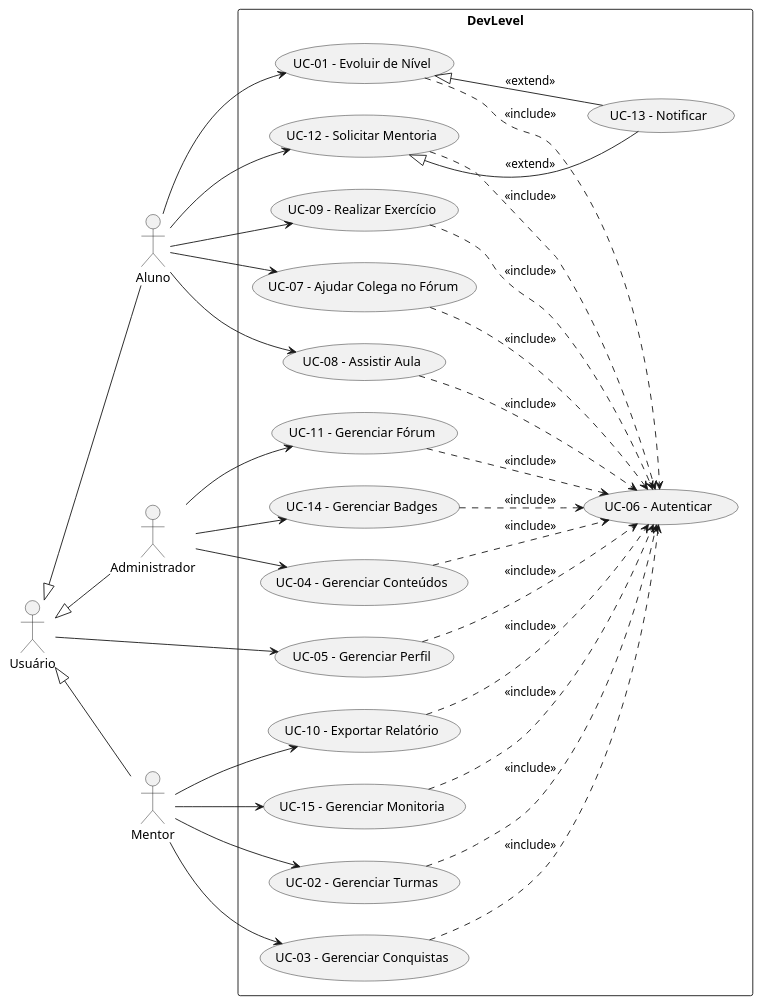
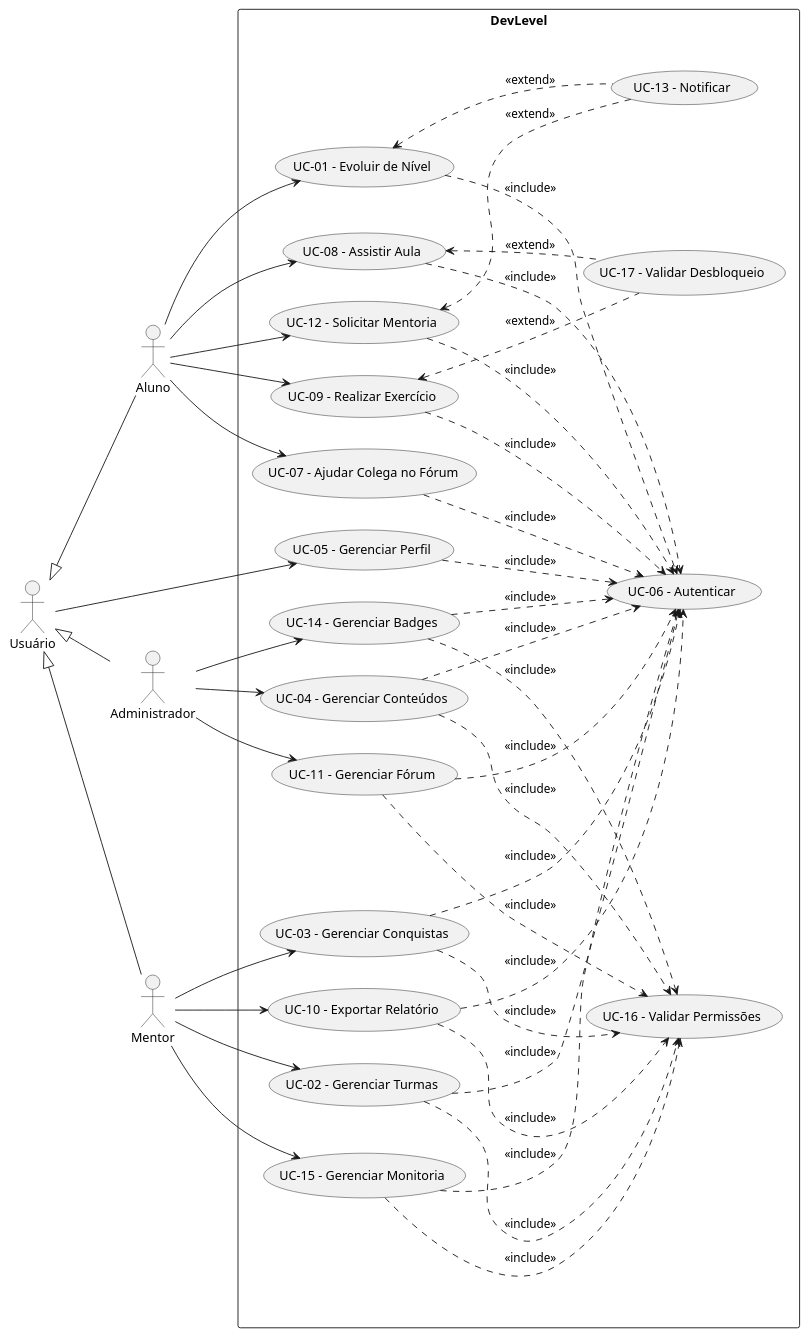
One commit to karenjoilly11/Sistema-de-Gamifica-o-Academia-de-Programa-o-Projeto-de-Software changed the diagram in diagrama-de-caso-de-uso.puml. Above: the diagram before and after it, drawn with PlantUML.

```diff
--- a/diagrama-de-caso-de-uso.puml
+++ b/diagrama-de-caso-de-uso.puml
@@ -1,74 +1,90 @@
 @startuml
 left to right direction
 skinparam packageStyle rectangle
 
 ' Atores com hierarquia de herança
 actor "Usuário" as Usuario
 actor "Aluno" as Aluno
 actor "Mentor" as Mentor
 actor "Administrador" as Admin
 
 Aluno -up-|> Usuario
 Mentor -up-|> Usuario
 Admin -up-|> Usuario
 
 ' Retângulo do sistema
 rectangle "DevLevel" {
   
   ' === Casos de uso principais ===
   usecase "UC-01 - Evoluir de Nível" as UC01
   usecase "UC-02 - Gerenciar Turmas" as UC02
   usecase "UC-03 - Gerenciar Conquistas" as UC03
   usecase "UC-04 - Gerenciar Conteúdos" as UC04
   usecase "UC-05 - Gerenciar Perfil" as UC05
   usecase "UC-06 - Autenticar" as UC06
   usecase "UC-07 - Ajudar Colega no Fórum" as UC07
   usecase "UC-08 - Assistir Aula" as UC08
   usecase "UC-09 - Realizar Exercício" as UC09
   usecase "UC-10 - Exportar Relatório" as UC10
   usecase "UC-11 - Gerenciar Fórum" as UC11
   usecase "UC-12 - Solicitar Mentoria" as UC12
   usecase "UC-13 - Notificar" as UC13
   usecase "UC-14 - Gerenciar Badges" as UC14
   usecase "UC-15 - Gerenciar Monitoria" as UC15
+  usecase "UC-16 - Validar Permissões" as UC16
+  usecase "UC-17 - Validar Desbloqueio" as UC17
   
   ' === Associações ator → caso de uso ===
   Aluno --> UC01
   Aluno --> UC07
   Aluno --> UC08
   Aluno --> UC09
   Aluno --> UC12
   
   Mentor --> UC02
   Mentor --> UC03
   Mentor --> UC10
   Mentor --> UC15
   
   Admin --> UC04
   Admin --> UC11
   Admin --> UC14
   
   Usuario --> UC05
   
-  ' === Relacionamentos de include (autenticação obrigatória) ===
+  ' === Relacionamentos de include ===
+  ' Include de Autenticação
   UC01 ..> UC06 : <<include>>
   UC02 ..> UC06 : <<include>>
   UC03 ..> UC06 : <<include>>
   UC04 ..> UC06 : <<include>>
   UC05 ..> UC06 : <<include>>
   UC07 ..> UC06 : <<include>>
   UC08 ..> UC06 : <<include>>
   UC09 ..> UC06 : <<include>>
   UC10 ..> UC06 : <<include>>   
   UC11 ..> UC06 : <<include>>
   UC12 ..> UC06 : <<include>>
   UC14 ..> UC06 : <<include>>
-  UC15 ..> UC06 : <<include>>   
+  UC15 ..> UC06 : <<include>>
   
-  ' === Disparo de notificações (extend opcional) ===
-  UC01 <|-- UC13 : <<extend>>
-  UC12 <|-- UC13 : <<extend>>
- ' 
+  ' Include de Validação de Permissões
+  UC02 ..> UC16 : <<include>>
+  UC03 ..> UC16 : <<include>>
+  UC04 ..> UC16 : <<include>>
+  UC10 ..> UC16 : <<include>>
+  UC11 ..> UC16 : <<include>>
+  UC14 ..> UC16 : <<include>>
+  UC15 ..> UC16 : <<include>>
+  
+  ' === Relacionamentos de extend (opcionais) ===
+  ' Extend de Notificações
+  UC01 <.. UC13 : <<extend>>
+  UC12 <.. UC13 : <<extend>>
+  
+  ' Extend de Validação de Desbloqueio (NOVO)
+  UC08 <.. UC17 : <<extend>>
+  UC09 <.. UC17 : <<extend>>
 }
 
 @enduml
```
